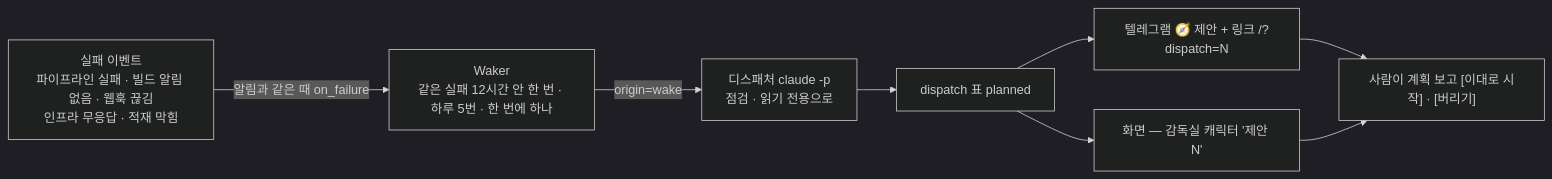
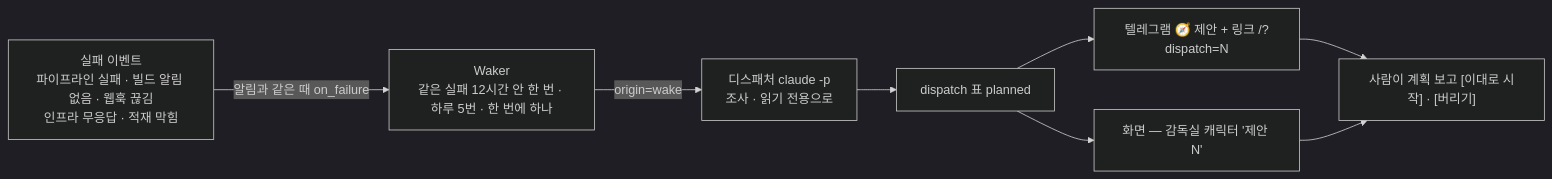
Before and after one commit to Gabriel-Joo/foreman: the diagram in docs/14_dispatcher_note_wake.md, drawn with Mermaid (dark theme). The commit also changed other lines of this file and 26 other files, not shown here.

````diff
--- a/docs/14_dispatcher_note_wake.md
+++ b/docs/14_dispatcher_note_wake.md
@@ -54,10 +54,10 @@
 ```mermaid
 flowchart LR
   F["실패 이벤트<br/>파이프라인 실패 · 빌드 알림 없음 · 웹훅 끊김<br/>인프라 무응답 · 적재 막힘"] -->|"알림과 같은 때 on_failure"| W["Waker<br/>같은 실패 12시간 안 한 번 · 하루 5번 · 한 번에 하나"]
-  W -->|"origin=wake"| D["디스패처 claude -p<br/>점검 · 읽기 전용으로"]
+  W -->|"origin=wake"| D["디스패처 claude -p<br/>조사 · 읽기 전용으로"]
   D --> P["dispatch 표 planned"]
   P --> TG["텔레그램 🧭 제안 + 링크 /?dispatch=N"]
   P --> SC["화면 — 감독실 캐릭터 '제안 N'"]
   TG --> H["사람이 계획 보고 [이대로 시작] · [버리기]"]
   SC --> H
 ```
````
